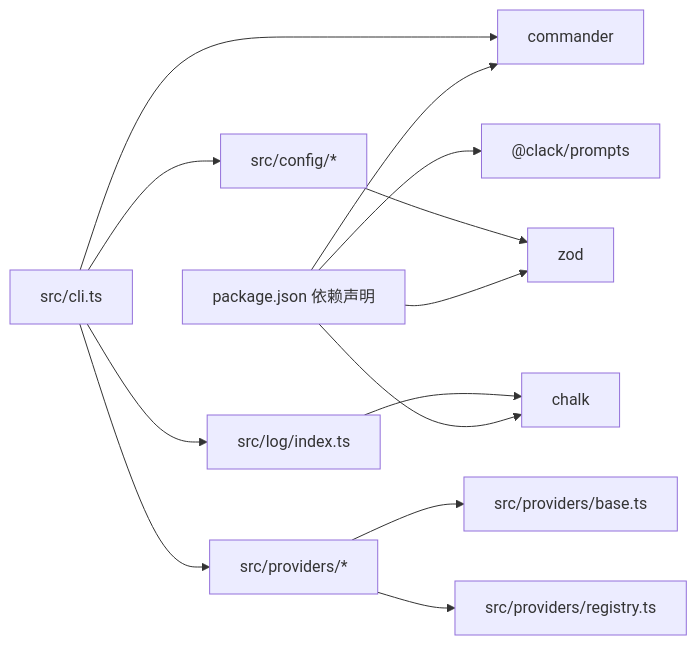
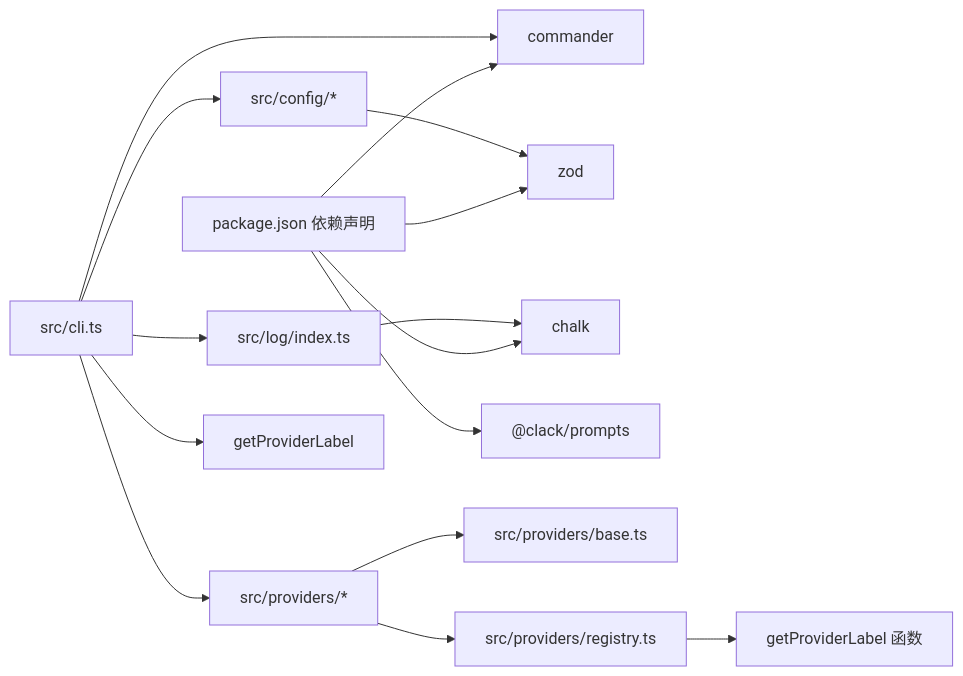
Before and after one commit to neciszhang/batbot: the third of 3 diagrams in .qoder/repowiki/zh/content/命令参考手册/状态命令 (status).md, drawn with Mermaid. The commit also changed other lines of this file and 4 other files, not shown here.

````diff
--- a/.qoder/repowiki/zh/content/命令参考手册/状态命令 (status).md
+++ b/.qoder/repowiki/zh/content/命令参考手册/状态命令 (status).md
@@ -321,15 +368,17 @@
 ```mermaid
 graph LR
 Pkg["package.json 依赖声明"] --> Cmd["commander"]
 Pkg --> Zod["zod"]
 Pkg --> Chalk["chalk"]
 Pkg --> Clack["@clack/prompts"]
 CLI["src/cli.ts"] --> Cmd
 CLI --> Log["src/log/index.ts"]
 CLI --> Cfg["src/config/*"]
 CLI --> Prov["src/providers/*"]
+CLI --> Label["getProviderLabel"]
 Cfg --> Zod
 Log --> Chalk
 Prov --> Base["src/providers/base.ts"]
 Prov --> Registry["src/providers/registry.ts"]
+Registry --> LabelFunc["getProviderLabel 函数"]
 ```
````
